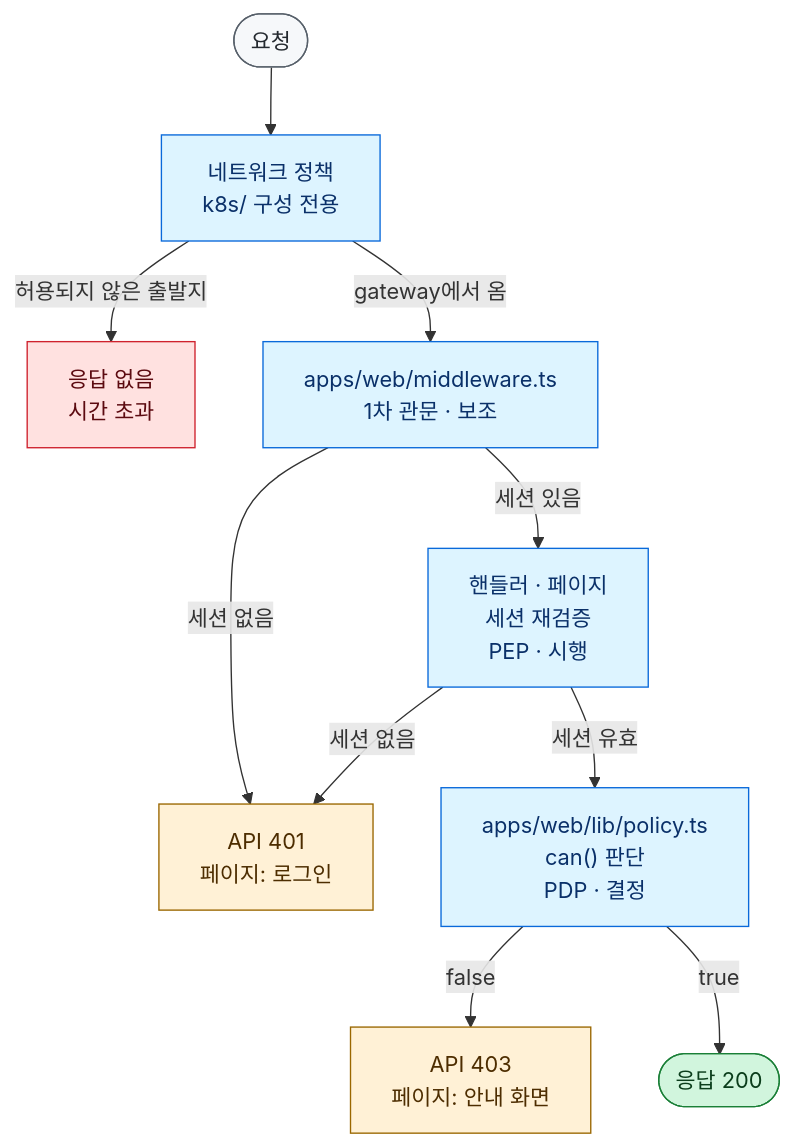
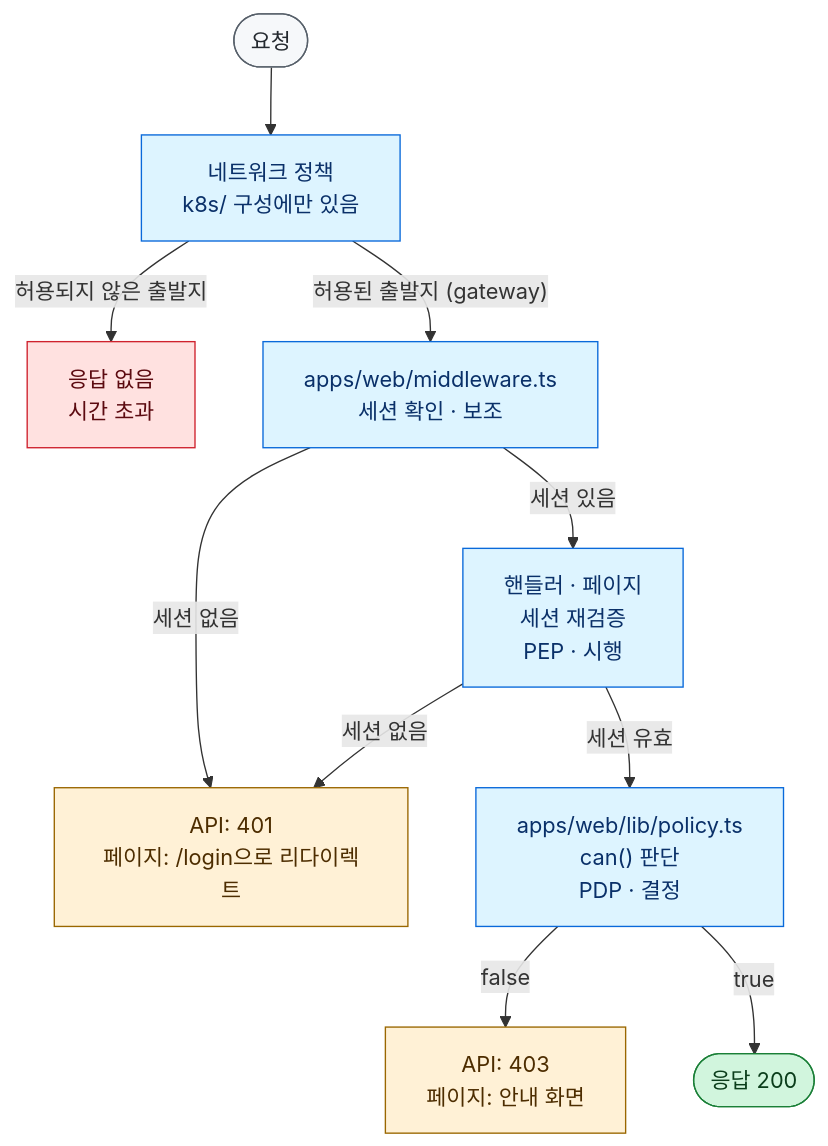
Before and after one commit to loquemedalagana/secure-enroll-demo: the diagram in docs/zero-trust-mapping.md, drawn with Mermaid.

Commit message:
docs: zero-trust-mapping.md 그림의 글자를 본문과 같은 말로 고침
미들웨어 상자의 '1차 관문'은 비유라서 그 단계가 하는 일인 '세션 확인'으로 고쳤다.
'gateway에서 옴'은 짝이 되는 화살표와 본문에 맞춰 '허용된 출발지 (gateway)'로,
'k8s/ 구성 전용'은 본문의 'k8s/ 구성에만 있음'으로,
'페이지: 로그인'은 본문의 '/login으로 리다이렉트'로 고쳤다.

````diff
--- a/docs/zero-trust-mapping.md
+++ b/docs/zero-trust-mapping.md
@@ -7,23 +7,23 @@
 ```mermaid
 flowchart TD
-  req(["요청"]) --> np["네트워크 정책<br/>k8s/ 구성 전용"]
+  req(["요청"]) --> np["네트워크 정책<br/>k8s/ 구성에만 있음"]
   np -- "허용되지 않은 출발지" --> drop["응답 없음<br/>시간 초과"]
-  np -- "gateway에서 옴" --> mw["apps/web/middleware.ts<br/>1차 관문 · 보조"]
-  mw -- "세션 없음" --> unauth["API 401<br/>페이지: 로그인"]
+  np -- "허용된 출발지 (gateway)" --> mw["apps/web/middleware.ts<br/>세션 확인 · 보조"]
+  mw -- "세션 없음" --> unauth["API: 401<br/>페이지: /login으로 리다이렉트"]
   mw -- "세션 있음" --> pep["핸들러 · 페이지<br/>세션 재검증<br/>PEP · 시행"]
   pep -- "세션 없음" --> unauth
   pep -- "세션 유효" --> pdp["apps/web/lib/policy.ts<br/>can() 판단<br/>PDP · 결정"]
-  pdp -- "false" --> forbid["API 403<br/>페이지: 안내 화면"]
+  pdp -- "false" --> forbid["API: 403<br/>페이지: 안내 화면"]
   pdp -- "true" --> ok(["응답 200"])
 
   classDef allow fill:#d1f5dd,stroke:#1a7f37,color:#0b3d1b
   classDef netdeny fill:#ffe1e0,stroke:#cf222e,color:#5c0a10
   classDef appdeny fill:#fff1d6,stroke:#9a6700,color:#4d2d00
   classDef step fill:#ddf4ff,stroke:#0969da,color:#0a3069
   classDef neutral fill:#f6f8fa,stroke:#57606a,color:#24292f
   class ok allow
   class drop netdeny
   class unauth,forbid appdeny
   class np,mw,pep,pdp step
   class req neutral
 ```
````
